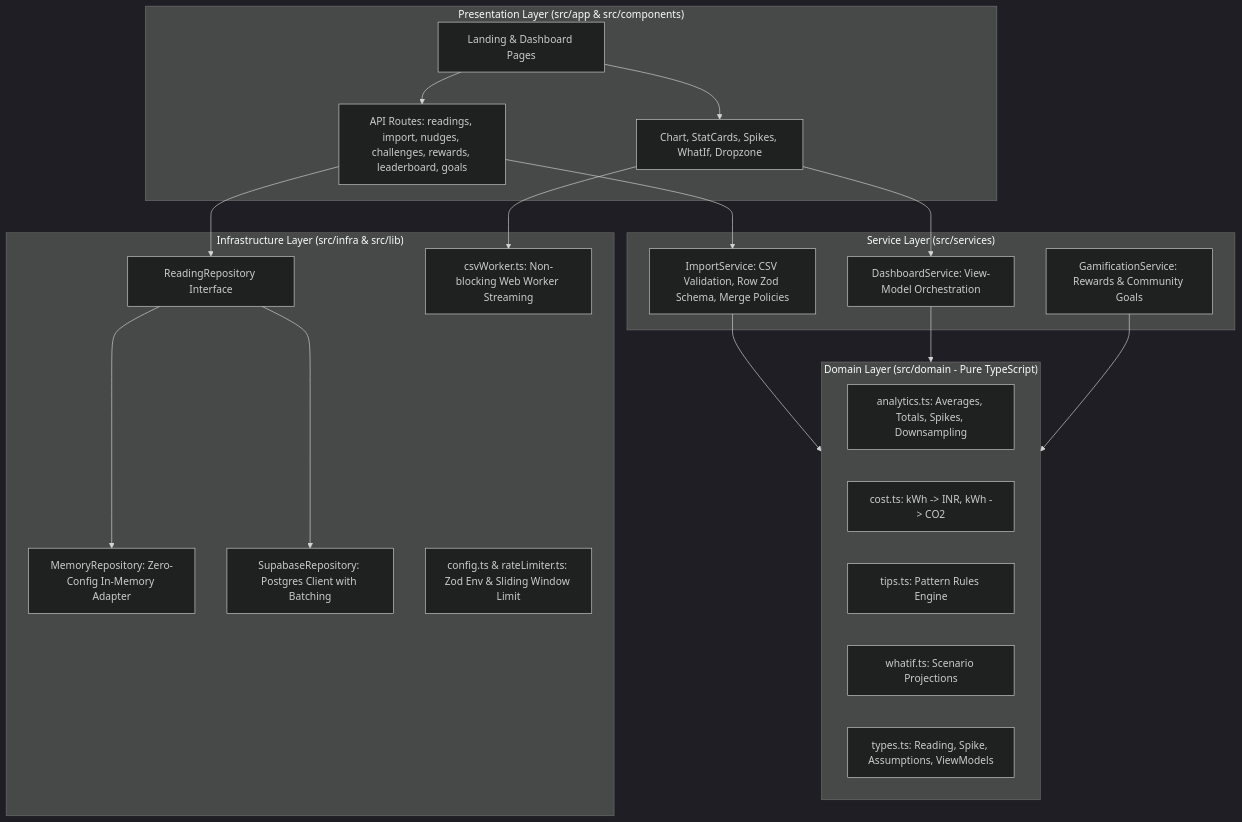
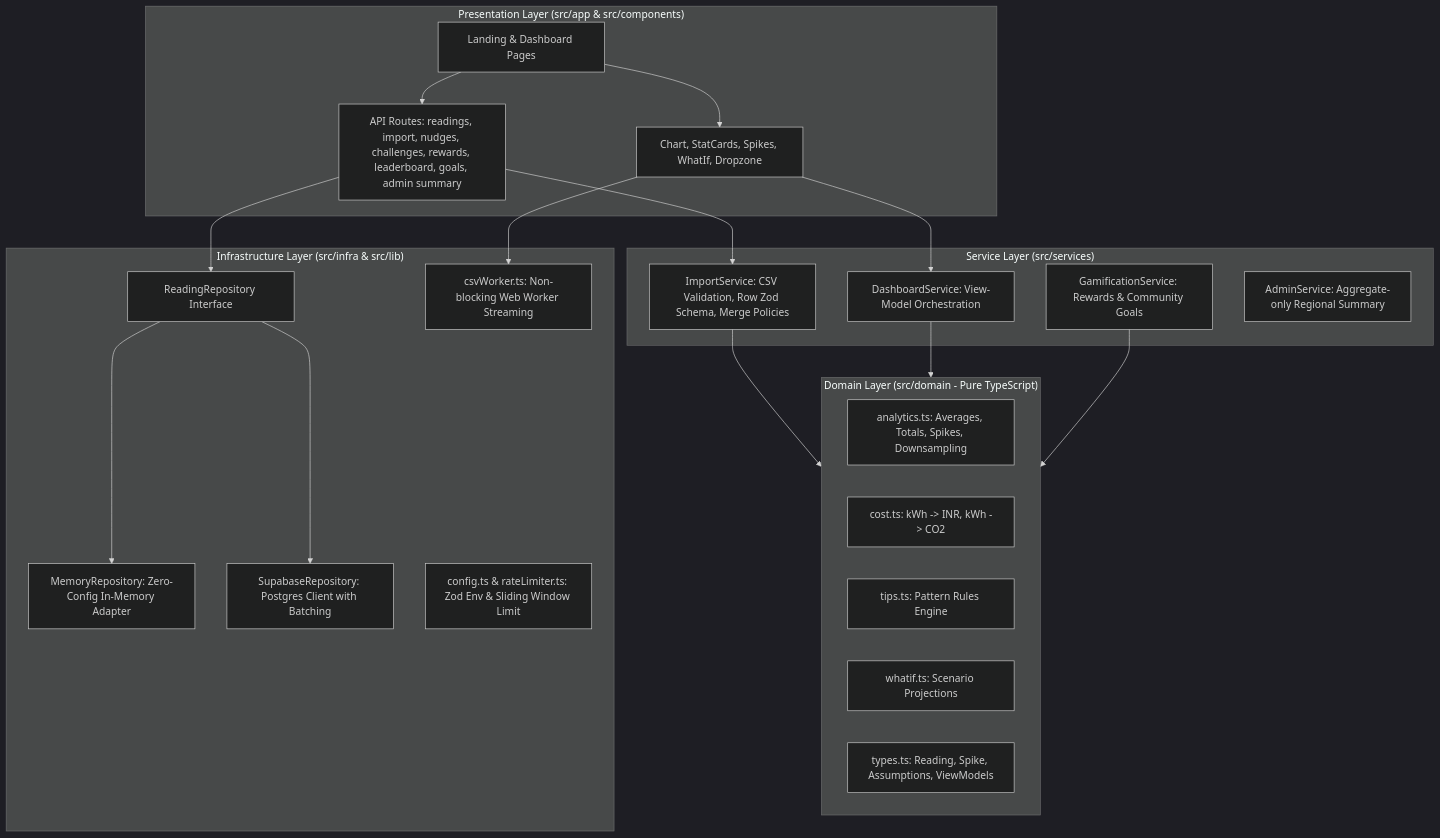
Before and after one commit to harsh773988/Wattwise: the diagram in README.md, drawn with Mermaid (dark theme). The commit also changed other lines of this file and 16 other files, not shown here.

Commit message:
feat(admin): regional conservation summary for administrators

````diff
--- a/README.md
+++ b/README.md
@@ -33,42 +39,43 @@
 ```mermaid
 graph TD
   subgraph Presentation["Presentation Layer (src/app & src/components)"]
     Page[Landing & Dashboard Pages]
     Components[Chart, StatCards, Spikes, WhatIf, Dropzone]
-    API[API Routes: readings, import, nudges, challenges, rewards, leaderboard, goals]
+    API[API Routes: readings, import, nudges, challenges, rewards, leaderboard, goals, admin summary]
   end
 
   subgraph Service["Service Layer (src/services)"]
     ImportService[ImportService: CSV Validation, Row Zod Schema, Merge Policies]
     DashboardService[DashboardService: View-Model Orchestration]
     GamificationService[GamificationService: Rewards & Community Goals]
+    AdminService[AdminService: Aggregate-only Regional Summary]
   end
 
   subgraph Domain["Domain Layer (src/domain - Pure TypeScript)"]
     Analytics[analytics.ts: Averages, Totals, Spikes, Downsampling]
     Cost[cost.ts: kWh -> INR, kWh -> CO2]
     Tips[tips.ts: Pattern Rules Engine]
     WhatIf[whatif.ts: Scenario Projections]
     Types[types.ts: Reading, Spike, Assumptions, ViewModels]
   end
 
   subgraph Infrastructure["Infrastructure Layer (src/infra & src/lib)"]
     RepoInterface[ReadingRepository Interface]
     MemRepo[MemoryRepository: Zero-Config In-Memory Adapter]
     SupaRepo[SupabaseRepository: Postgres Client with Batching]
     Worker[csvWorker.ts: Non-blocking Web Worker Streaming]
     Config[config.ts & rateLimiter.ts: Zod Env & Sliding Window Limit]
   end
 
   Page --> Components
   Page --> API
   API --> ImportService
   API --> RepoInterface
   Components --> DashboardService
   ImportService --> Domain
   DashboardService --> Domain
   GamificationService --> Domain
   RepoInterface --> MemRepo
   RepoInterface --> SupaRepo
   Components --> Worker
 ```
````
